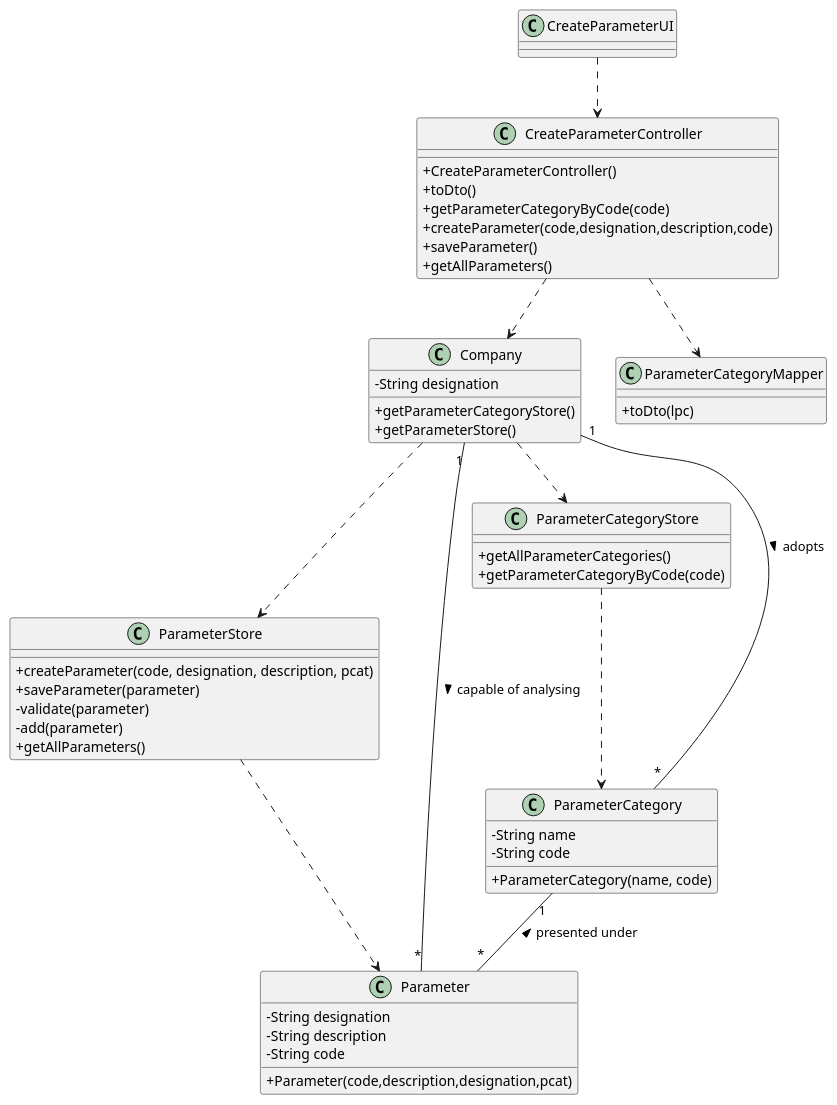
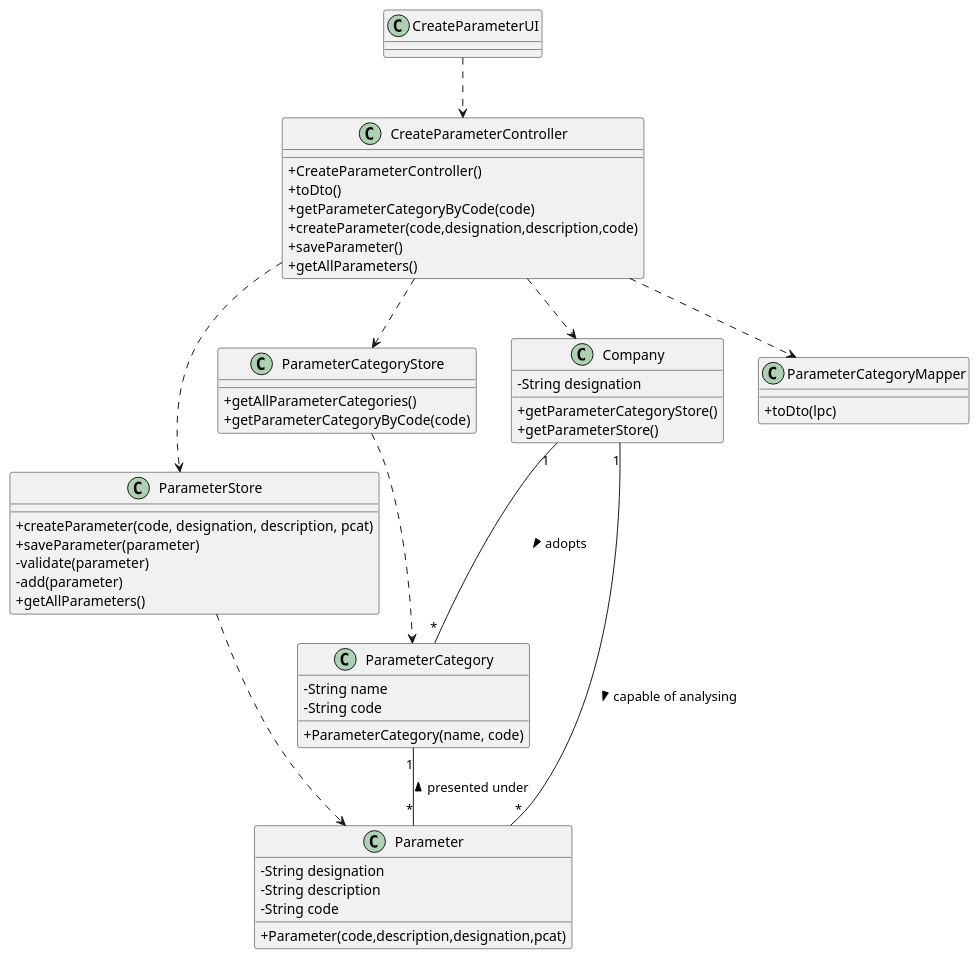
Before and after one commit to 0franciscor/lei-21-s2-1de-g19: the diagram in docs/SprintB/US10/US10-CD.puml, drawn with PlantUML. The commit also changed 2 other files, not shown here.

```diff
--- a/docs/SprintB/US10/US10-CD.puml
+++ b/docs/SprintB/US10/US10-CD.puml
@@ -1,71 +1,71 @@
 @startuml
 skinparam classAttributeIconSize 0
 
 
 class ParameterStore{
   +createParameter(code, designation, description, pcat)
   +saveParameter(parameter)
   -validate(parameter)
   -add(parameter)
   +getAllParameters()
 }
 
 class ParameterCategoryStore{
   +getAllParameterCategories()
   +getParameterCategoryByCode(code)
 }
 
 
 class Parameter {
   - String designation
   - String description
   - String code
   +Parameter(code,description,designation,pcat)
 }
 
 class Company {
   -String designation
   +getParameterCategoryStore()
   +getParameterStore()
 }
 
 class ParameterCategory {
   -String name
   -String code
   +ParameterCategory(name, code)
 }
 
 
 
 class ParameterCategoryMapper{
   +toDto(lpc)
 }
 
 
 class CreateParameterController {
   +CreateParameterController()
   +toDto()
   +getParameterCategoryByCode(code)
   +createParameter(code,designation,description,code)
   +saveParameter()
   +getAllParameters()
 }
 
 class CreateParameterUI {
 }
 
 CreateParameterUI ..> CreateParameterController
 CreateParameterController ..> ParameterCategoryMapper
 CreateParameterController ..> Company
-Company ..> ParameterStore
-Company ..> ParameterCategoryStore
+CreateParameterController ..> ParameterStore
+CreateParameterController ..> ParameterCategoryStore
 ParameterStore ..> Parameter
 ParameterCategoryStore ..> ParameterCategory
 
 Company "1" -- "*" Parameter : > capable of analysing
 Company "1" -- "*" ParameterCategory : > adopts
 ParameterCategory "1" -- "*" Parameter : < presented under
 
 
 
 @enduml
```
